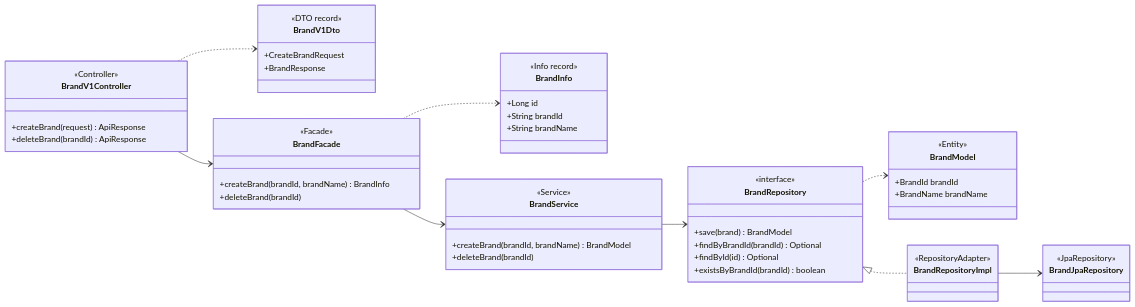
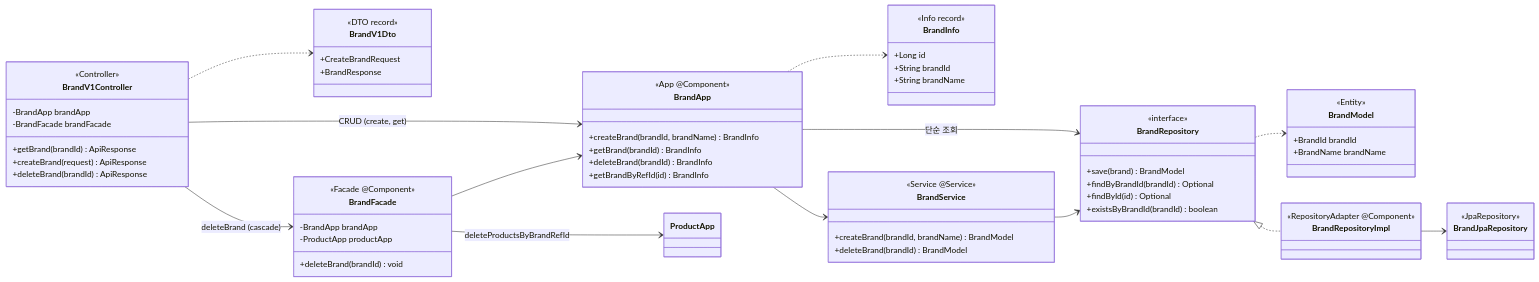
The third of 9 diagrams in docs/design/03-class-diagram.md (YoHanKi/loop-pack-be-l2-vol3-java), drawn with Mermaid before and after one commit. The commit also changed other lines of this file and 31 other files, not shown here.

````diff
--- a/docs/design/03-class-diagram.md
+++ b/docs/design/03-class-diagram.md
@@ -130,66 +186,81 @@
 ```mermaid
 classDiagram
     direction LR
 
 %% Interfaces
     class BrandV1Controller {
         <<Controller>>
+        -BrandApp brandApp
+        -BrandFacade brandFacade
+        +getBrand(brandId) ApiResponse
         +createBrand(request) ApiResponse
         +deleteBrand(brandId) ApiResponse
     }
     class BrandV1Dto {
         <<DTO record>>
         +CreateBrandRequest
         +BrandResponse
     }
 
 %% Application
+    class BrandApp {
+        <<App @Component>>
+        +createBrand(brandId, brandName) BrandInfo
+        +getBrand(brandId) BrandInfo
+        +deleteBrand(brandId) BrandInfo
+        +getBrandByRefId(id) BrandInfo
+    }
     class BrandFacade {
-        <<Facade>>
-        +createBrand(brandId, brandName) BrandInfo
-        +deleteBrand(brandId)
+        <<Facade @Component>>
+        -BrandApp brandApp
+        -ProductApp productApp
+        +deleteBrand(brandId) void
     }
     class BrandInfo {
         <<Info record>>
         +Long id
         +String brandId
         +String brandName
     }
 
 %% Domain
     class BrandService {
-        <<Service>>
+        <<Service @Service>>
         +createBrand(brandId, brandName) BrandModel
-        +deleteBrand(brandId)
+        +deleteBrand(brandId) BrandModel
     }
     class BrandRepository {
         <<interface>>
         +save(brand) BrandModel
         +findByBrandId(brandId) Optional
         +findById(id) Optional
         +existsByBrandId(brandId) boolean
     }
     class BrandModel {
         <<Entity>>
         +BrandId brandId
         +BrandName brandName
     }
 
 %% Infrastructure
     class BrandRepositoryImpl {
-        <<RepositoryAdapter>>
+        <<RepositoryAdapter @Component>>
     }
     class BrandJpaRepository {
         <<JpaRepository>>
     }
 
 %% Relationships
-    BrandV1Controller --> BrandFacade
+    BrandV1Controller --> BrandApp : CRUD (create, get)
+    BrandV1Controller --> BrandFacade : deleteBrand (cascade)
     BrandV1Controller ..> BrandV1Dto
-    BrandFacade --> BrandService
-    BrandFacade ..> BrandInfo
+    BrandFacade --> BrandApp
+    BrandFacade --> ProductApp : deleteProductsByBrandRefId
+    BrandApp --> BrandService
+    BrandApp --> BrandRepository : 단순 조회
+    BrandApp ..> BrandInfo
     BrandService --> BrandRepository
     BrandRepository <|.. BrandRepositoryImpl
     BrandRepositoryImpl --> BrandJpaRepository
     BrandRepository ..> BrandModel
 ```
````
